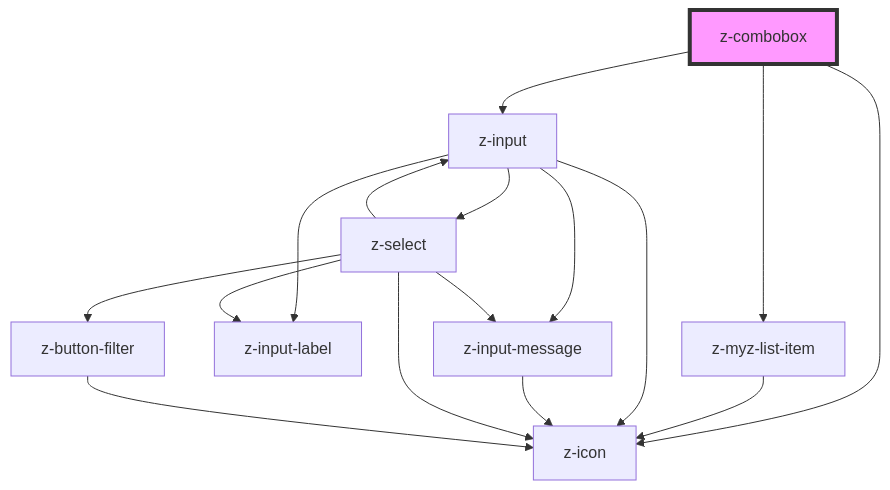
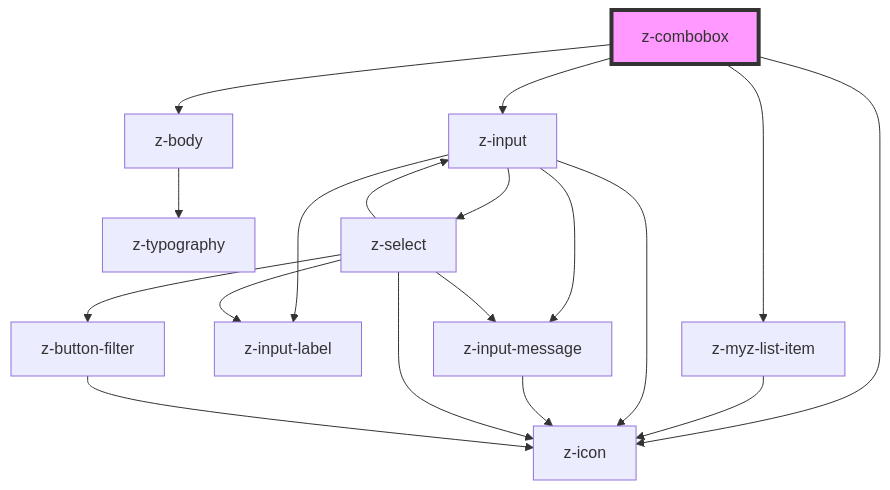
One commit to ZanichelliEditore/design-system changed the diagram in src/components/inputs/z-combobox/readme.md. Above: the diagram before and after it, drawn with Mermaid. The commit also changed other lines of this file and 3 other files, not shown here.

````diff
--- a/src/components/inputs/z-combobox/readme.md
+++ b/src/components/inputs/z-combobox/readme.md
@@ -68,19 +69,21 @@
 ```mermaid
 graph TD;
+  z-combobox --> z-body
   z-combobox --> z-icon
   z-combobox --> z-myz-list-item
   z-combobox --> z-input
+  z-body --> z-typography
   z-myz-list-item --> z-icon
   z-input --> z-input-label
   z-input --> z-icon
   z-input --> z-input-message
   z-input --> z-select
   z-input-message --> z-icon
   z-select --> z-input-label
   z-select --> z-input
   z-select --> z-button-filter
   z-select --> z-icon
   z-select --> z-input-message
   z-button-filter --> z-icon
   style z-combobox fill:#f9f,stroke:#333,stroke-width:4px
 ```
````
